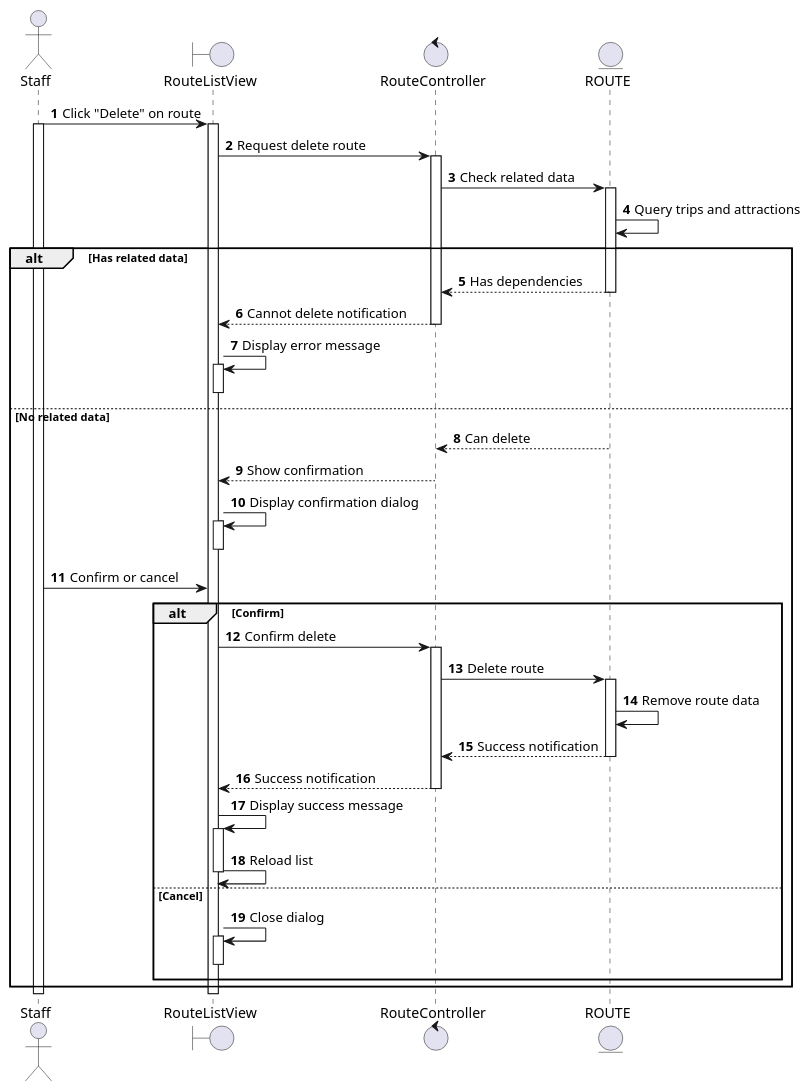
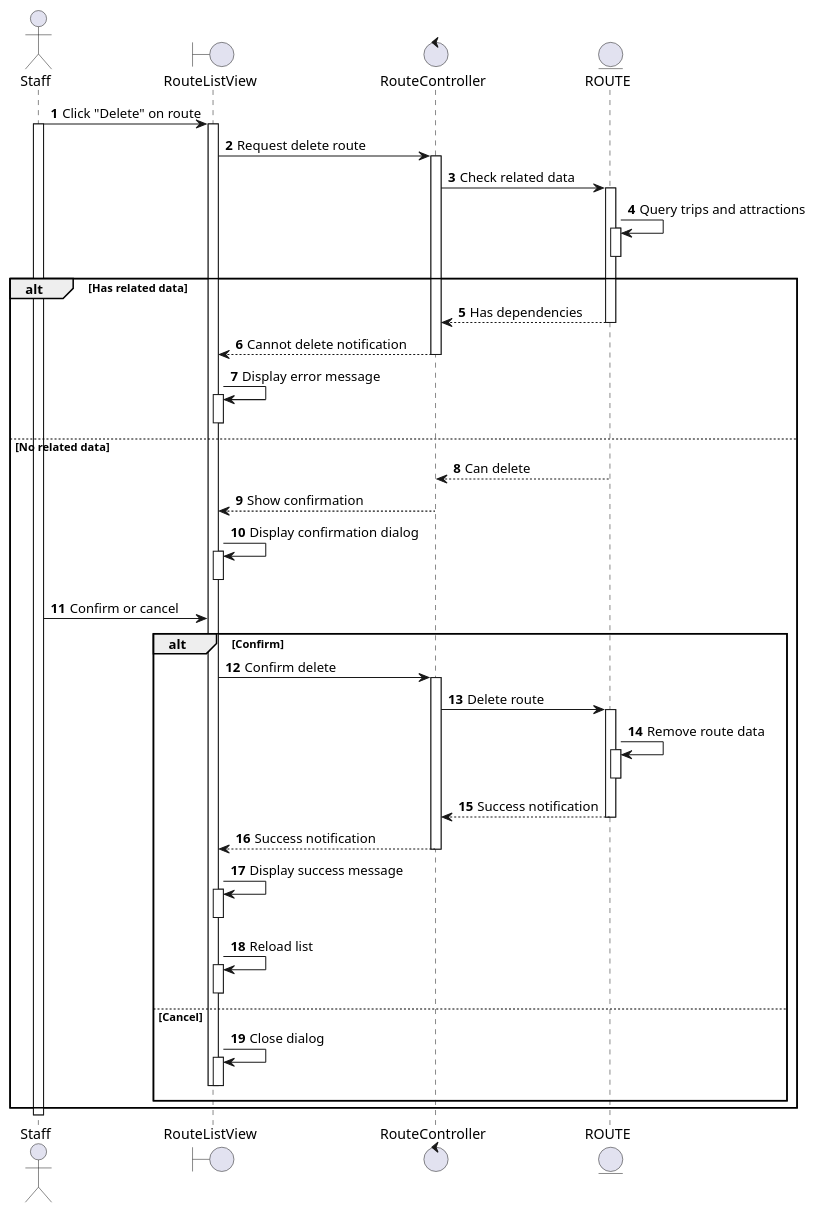
The diagram in docs/docs/sequence/manage-routes/delete-route.md (se113-wm/se113-wm.github.io), drawn with PlantUML before and after one commit. The commit also changed 37 other files, not shown here.

First line of the commit message:
Refactor sequence diagrams for booking and trip management

````diff
--- a/docs/docs/sequence/manage-routes/delete-route.md
+++ b/docs/docs/sequence/manage-routes/delete-route.md
@@ -3,63 +3,70 @@
 ```plantuml
 @startuml
 autonumber
 
 actor Staff as S
 boundary RouteListView as RLV
 control RouteController as RC
 entity ROUTE as R
 
 S -> RLV: Click "Delete" on route
 activate S
 activate RLV
 RLV -> RC: Request delete route
 activate RC
 RC -> R: Check related data
 activate R
 R -> R: Query trips and attractions
+activate R
+deactivate R
 
 alt Has related data
   RC <-- R: Has dependencies
   deactivate R
   RLV <-- RC: Cannot delete notification
   deactivate RC
   RLV -> RLV: Display error message
   activate RLV
   deactivate RLV
 else No related data
   RC <-- R: Can delete
   deactivate R
   RLV <-- RC: Show confirmation
   deactivate RC
   RLV -> RLV: Display confirmation dialog
   activate RLV
   deactivate RLV
 
   S -> RLV: Confirm or cancel
 
   alt Confirm
     RLV -> RC: Confirm delete
     activate RC
     RC -> R: Delete route
     activate R
     R -> R: Remove route data
+    activate R
+    deactivate R
     RC <-- R: Success notification
     deactivate R
     RLV <-- RC: Success notification
     deactivate RC
     RLV -> RLV: Display success message
     activate RLV
+    deactivate RLV
     RLV -> RLV: Reload list
+    activate RLV
     deactivate RLV
   else Cancel
     RLV -> RLV: Close dialog
     activate RLV
+    deactivate RLV
     deactivate RLV
   end
 end
 
 deactivate RLV
 deactivate S
 
 @enduml
 ```
````
